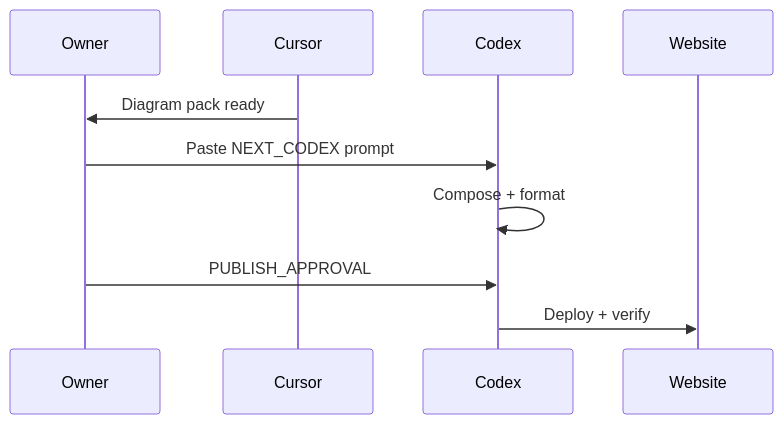
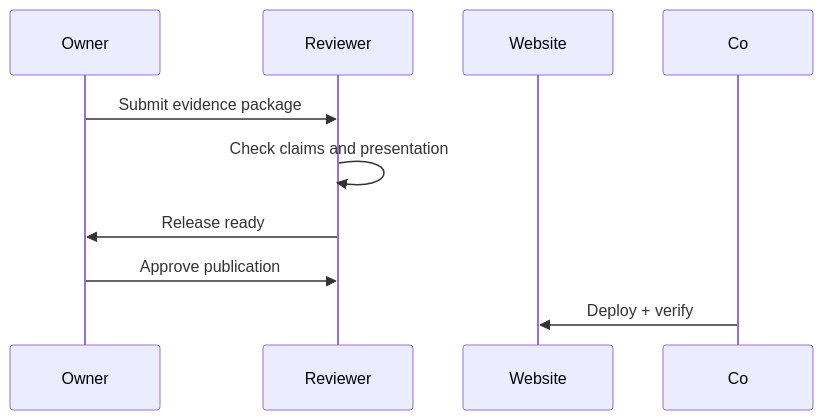
The eighth of 10 diagrams in public/work/weekly-ops-kit/diagrams/all-diagrams.md (Chotchuang/chotchuang-portfolio), drawn with Mermaid before and after one commit. The commit also changed other lines of this file and 15 other files, not shown here.

````diff
--- a/public/work/weekly-ops-kit/diagrams/all-diagrams.md
+++ b/public/work/weekly-ops-kit/diagrams/all-diagrams.md
@@ -137,12 +137,11 @@
 ```mermaid
 sequenceDiagram
   participant O as Owner
-  participant Cu as Cursor
-  participant Co as Codex
+  participant R as Reviewer
   participant W as Website
-  Cu->>O: Diagram pack ready
-  O->>Co: Paste NEXT_CODEX prompt
-  Co->>Co: Compose + format
-  O->>Co: PUBLISH_APPROVAL
+  O->>R: Submit evidence package
+  R->>R: Check claims and presentation
+  R->>O: Release ready
+  O->>R: Approve publication
   Co->>W: Deploy + verify
 ```
````
